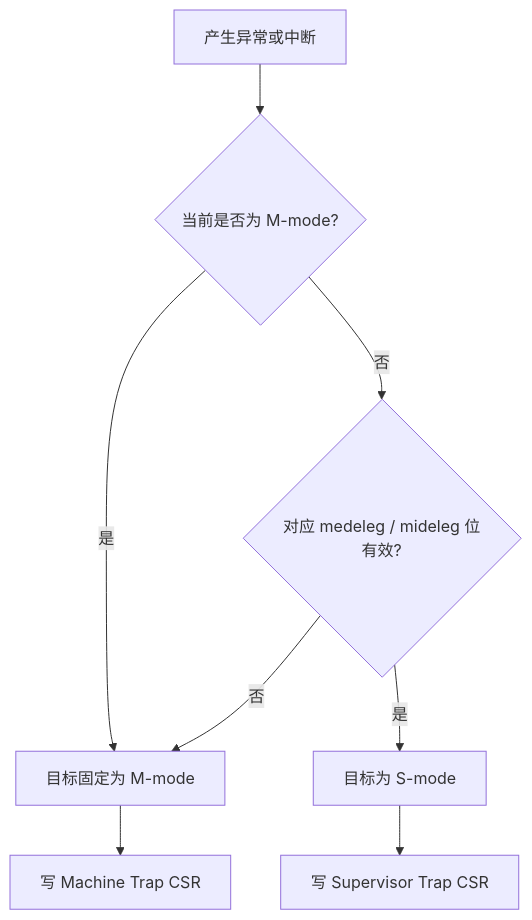
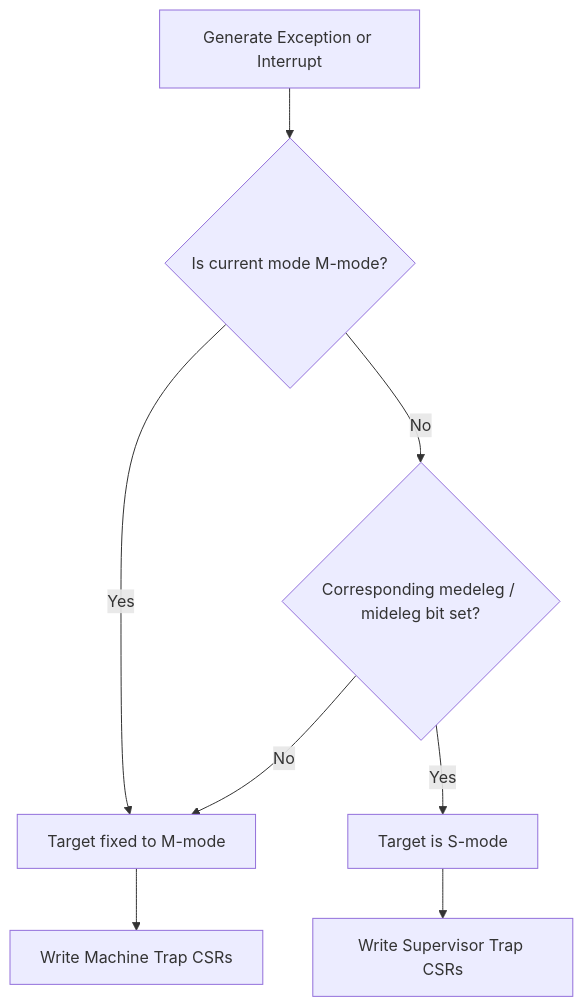
The diagram in specs/02-cpu-privilege-csr.md (billzi2016/homemade-risc-v-64-vector-linux-emulator), drawn with Mermaid before and after one commit. The commit also changed other lines of this file and 44 other files, not shown here.

````diff
--- a/specs/02-cpu-privilege-csr.md
+++ b/specs/02-cpu-privilege-csr.md
@@ -67,10 +67,10 @@
 ```mermaid
 flowchart TD
-    A[产生异常或中断] --> B{当前是否为 M-mode?}
-    B -- 是 --> M[目标固定为 M-mode]
-    B -- 否 --> C{对应 medeleg / mideleg 位有效?}
-    C -- 否 --> M
-    C -- 是 --> S[目标为 S-mode]
-    M --> D[写 Machine Trap CSR]
-    S --> E[写 Supervisor Trap CSR]
+    A[Generate Exception or Interrupt] --> B{Is current mode M-mode?}
+    B -- Yes --> M[Target fixed to M-mode]
+    B -- No --> C{Corresponding medeleg / mideleg bit set?}
+    C -- No --> M
+    C -- Yes --> S[Target is S-mode]
+    M --> D[Write Machine Trap CSRs]
+    S --> E[Write Supervisor Trap CSRs]
 ```
````
